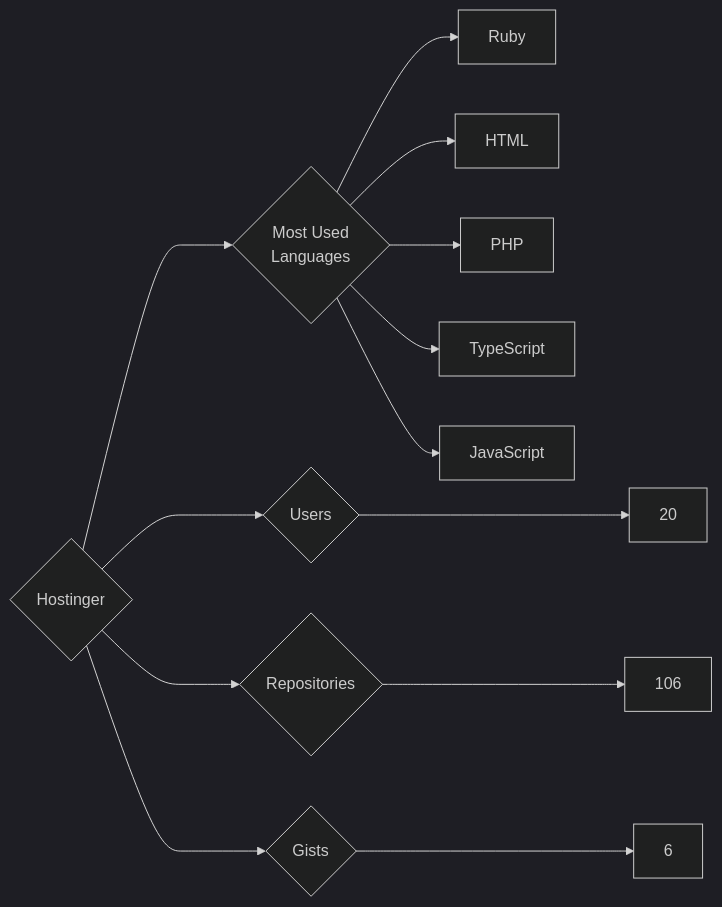
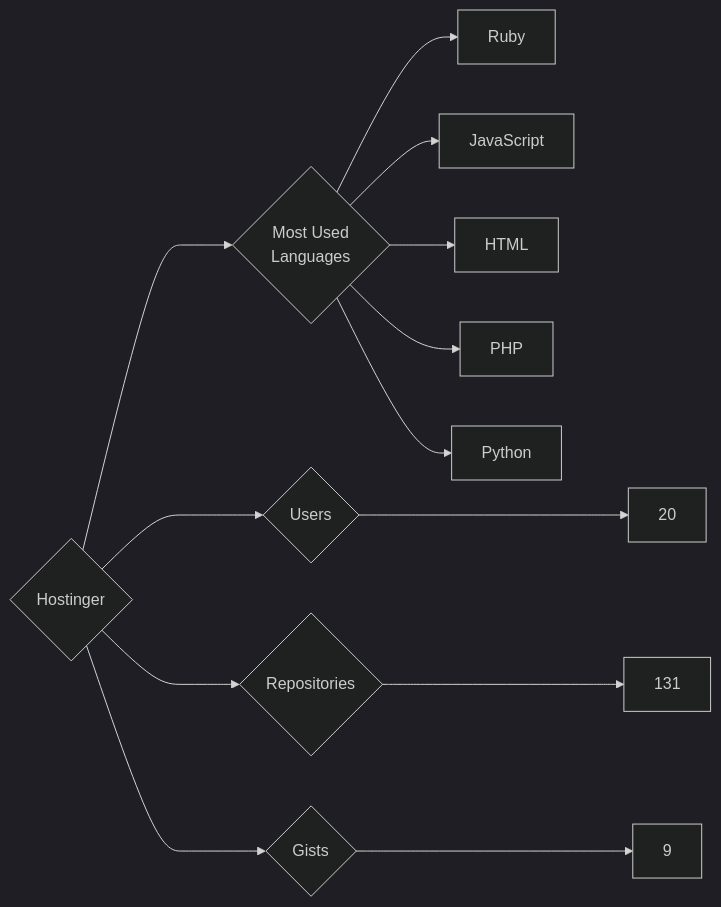
One commit to trickest/insiders changed the diagram in targets/Hostinger/README.md. Above: the diagram before and after it, drawn with Mermaid (dark theme). The commit also changed 845 other files, not shown here.

````diff
--- a/targets/Hostinger/README.md
+++ b/targets/Hostinger/README.md
@@ -3,13 +3,13 @@
 ```mermaid
 graph LR
 COMPANY_NAME{Hostinger}
 COMPANY_NAME ---> U{Users} ---> UN[20]
-COMPANY_NAME ---> R{Repositories} ---> RN[106]
-COMPANY_NAME ---> G{Gists} ---> GN[6]
+COMPANY_NAME ---> R{Repositories} ---> RN[131]
+COMPANY_NAME ---> G{Gists} ---> GN[9]
 COMPANY_NAME ---> ML{Most Used<br>Languages}
 ML --> Ruby[Ruby]
+ML --> JavaScript[JavaScript]
 ML --> HTML[HTML]
 ML --> PHP[PHP]
-ML --> TypeScript[TypeScript]
-ML --> JavaScript[JavaScript]
+ML --> Python[Python]
 ```
````
